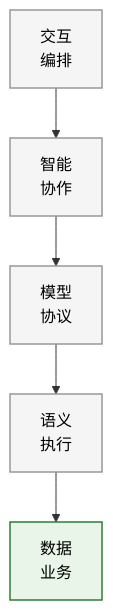
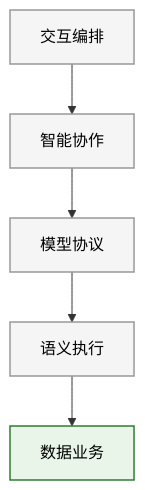
One commit to BillZong/BillZong.github.io changed the second of 11 diagrams in source/_posts/bi-evolution-6-ai-native-restructure.md. Above: the diagram before and after it, drawn with Mermaid. The commit also changed other lines of this file, not shown here.

First line of the commit message:
fix(BI-ch6): remove \n from mermaid labels

```diff
--- a/source/_posts/bi-evolution-6-ai-native-restructure.md
+++ b/source/_posts/bi-evolution-6-ai-native-restructure.md
@@ -118,14 +118,14 @@
 {% mermaid %}
 flowchart TB
     classDef entry fill:#fff3b0,stroke:#b58900,color:#000,stroke-width:1.5px
     classDef decision fill:#fce4ec,stroke:#c62828,color:#000,stroke-width:1.5px
     classDef exit fill:#e8f5e8,stroke:#2e7d32,color:#000,stroke-width:1.5px
     classDef normal fill:#f5f5f5,stroke:#999,color:#000,stroke-width:1.5px
 
-    L1["交互\n编排"]:::normal
-    L2["智能\n协作"]:::normal
-    L3["模型\n协议"]:::normal
-    L4["语义\n执行"]:::normal
-    L5["数据\n业务"]:::exit
+    L1["交互编排"]:::normal
+    L2["智能协作"]:::normal
+    L3["模型协议"]:::normal
+    L4["语义执行"]:::normal
+    L5["数据业务"]:::exit
     L1 --> L2 --> L3 --> L4 --> L5
 {% endmermaid %}
```
